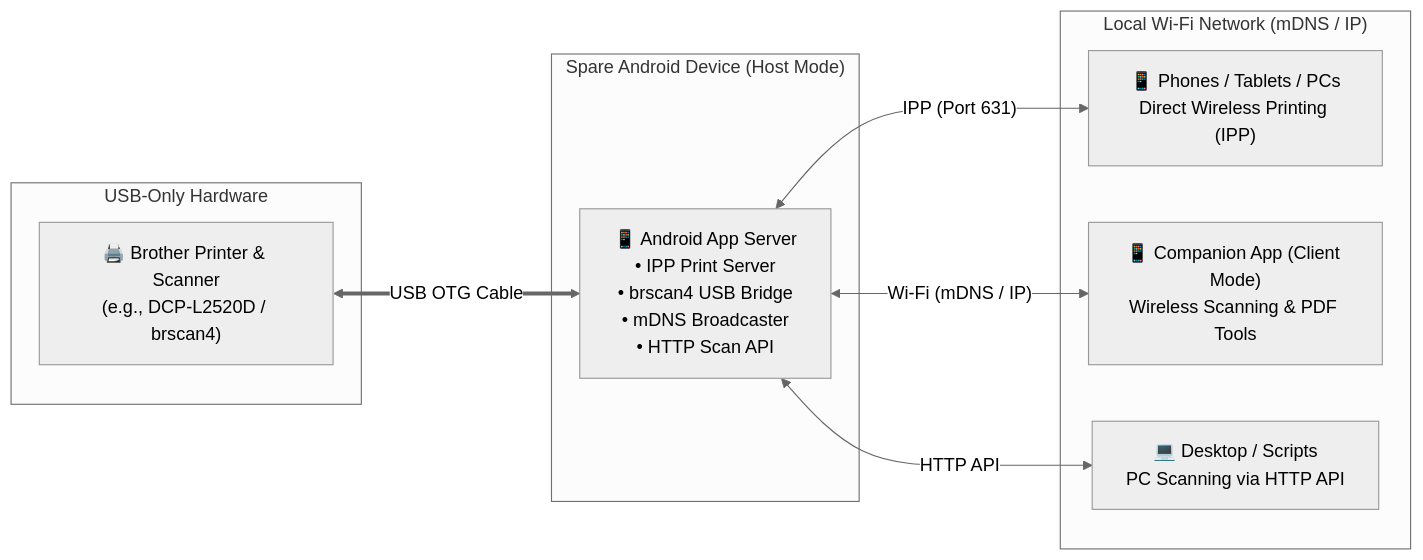
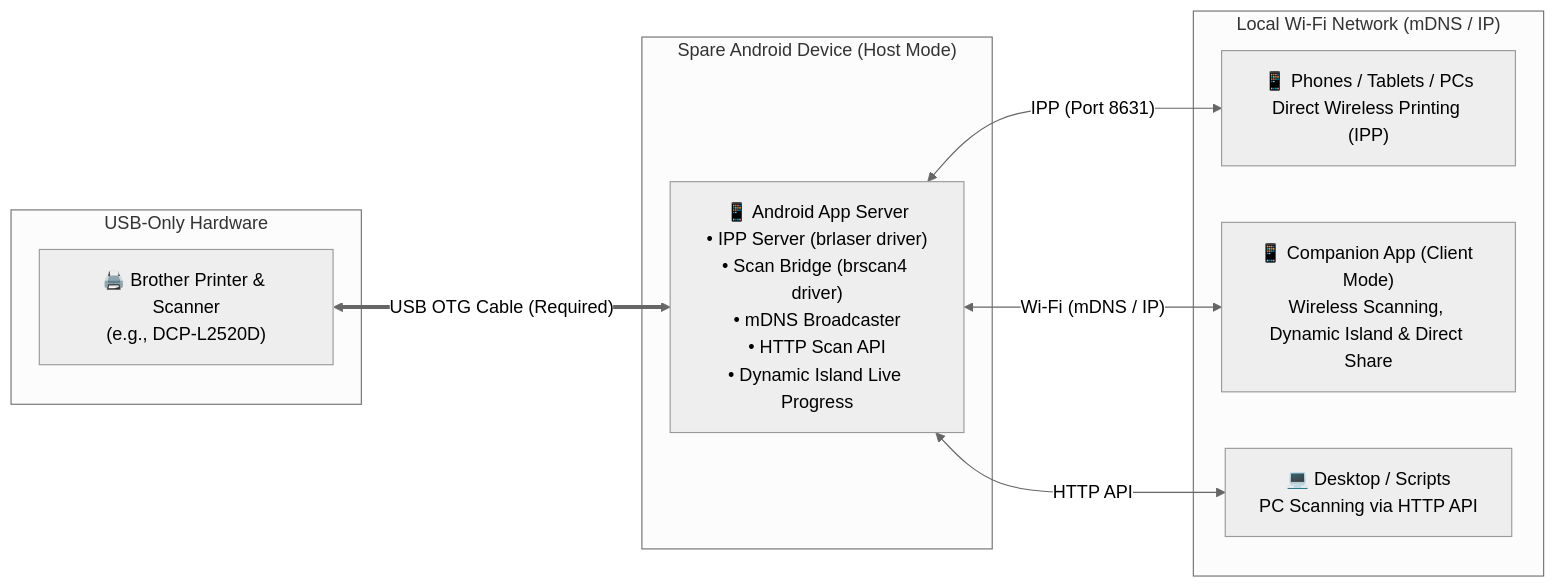
One commit to withsim99/brotherbridge changed the diagram in README.md. Above: the diagram before and after it, drawn with Mermaid (neutral theme). The commit also changed other lines of this file, not shown here.

````diff
--- a/README.md
+++ b/README.md
@@ -32,21 +25,21 @@
 ```mermaid
 flowchart LR
     subgraph Hardware ["USB-Only Hardware"]
-        P["🖨️ Brother Printer & Scanner<br/>(e.g., DCP-L2520D / brscan4)"]
+        P["🖨️ Brother Printer & Scanner<br/>(e.g., DCP-L2520D)"]
     end
 
     subgraph Bridge ["Spare Android Device (Host Mode)"]
-        A["📱 Android App Server<br/>• IPP Print Server<br/>• brscan4 USB Bridge<br/>• mDNS Broadcaster<br/>• HTTP Scan API"]
+        A["📱 Android App Server<br/>• IPP Server (brlaser driver)<br/>• Scan Bridge (brscan4 driver)<br/>• mDNS Broadcaster<br/>• HTTP Scan API<br/>• Dynamic Island Live Progress"]
     end
 
     subgraph Network ["Local Wi-Fi Network (mDNS / IP)"]
         C1["📱 Phones / Tablets / PCs<br/>Direct Wireless Printing (IPP)"]
-        C2["📱 Companion App (Client Mode)<br/>Wireless Scanning & PDF Tools"]
+        C2["📱 Companion App (Client Mode)<br/>Wireless Scanning, Dynamic Island & Direct Share"]
         C3["💻 Desktop / Scripts<br/>PC Scanning via HTTP API"]
     end
 
-    P <==>|"USB OTG Cable"| A
-    A <-->|"IPP (Port 631)"| C1
+    P <==>|"USB OTG Cable (Required)"| A
+    A <-->|"IPP (Port 8631)"| C1
     A <-->|"Wi-Fi (mDNS / IP)"| C2
     A <-->|"HTTP API"| C3
 ```
````
